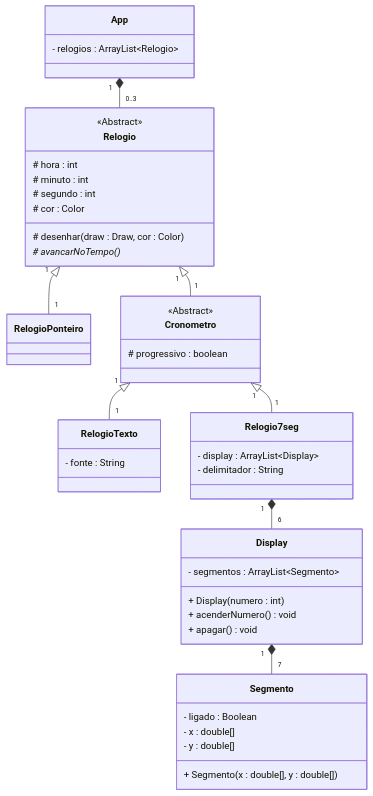
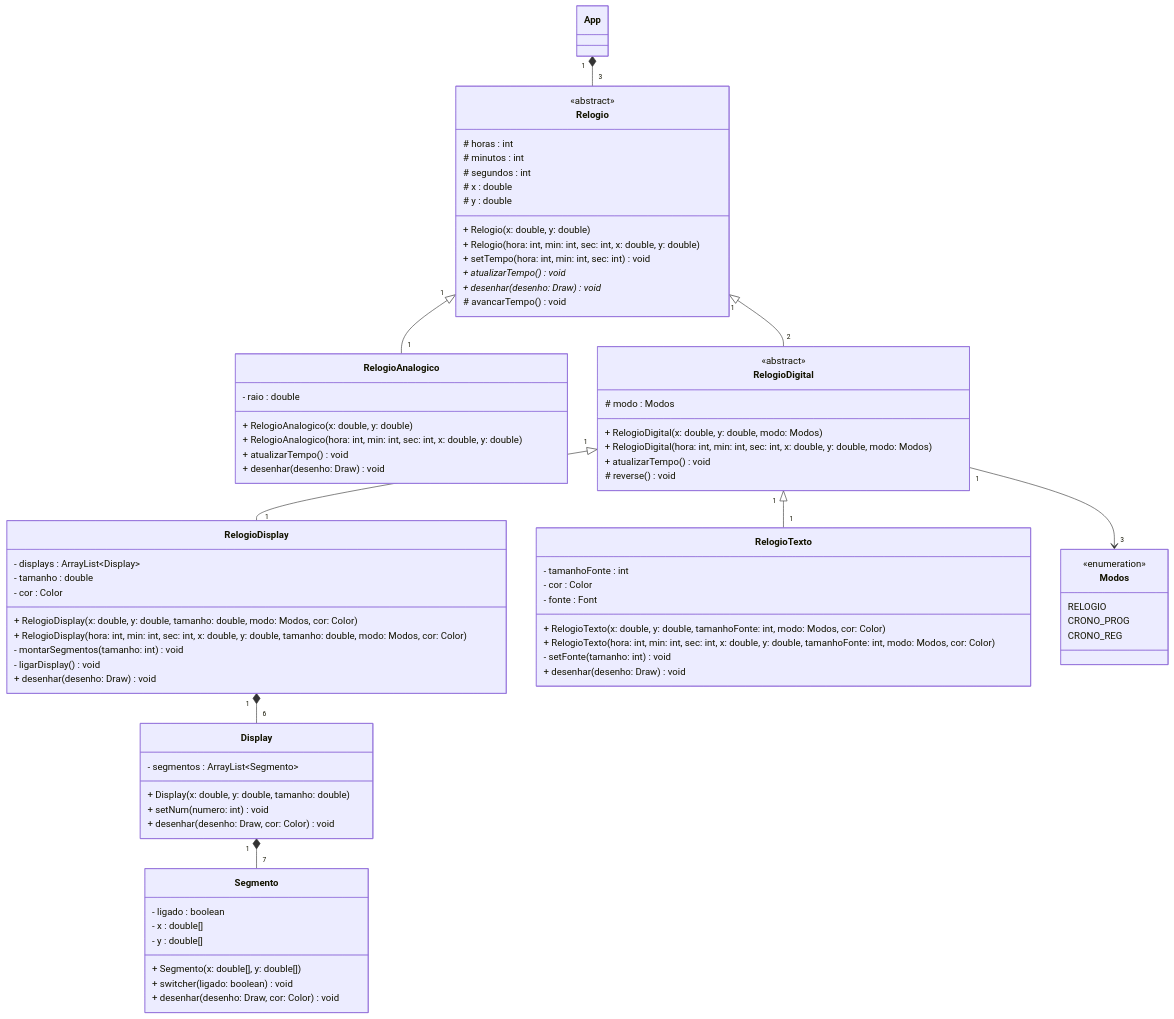
The diagram in lab_07/Readme.md (yanvpp/POO), drawn with Mermaid before and after one commit.

Commit message:
atualizando diagrama UML

````diff
--- a/lab_07/Readme.md
+++ b/lab_07/Readme.md
@@ -3,60 +3,92 @@
 ```mermaid
 classDiagram
+    
+    App"1" *-- "3"Relogio
+    Relogio"1" <|-- "1"RelogioAnalogico
+    Relogio"1" <|-- "2"RelogioDigital
+    RelogioDigital"1" <|-- "1"RelogioDisplay
+    RelogioDigital"1" <|-- "1"RelogioTexto
+    RelogioDigital"1" --> "3"Modos
+    RelogioDisplay"1" *-- "6"Display
+    Display"1" *-- "7"Segmento
 
-    App"1" *-- "0..3"Relogio
-    Relogio"1" <|-- "1"RelogioPonteiro
-    Relogio"1" <|-- "1"Cronometro
-    Cronometro"1" <|-- "1"RelogioTexto
-    Relogio7seg"1" *-- "6"Display
-    Display"1" *-- "7"Segmento
-    Cronometro"1" <|-- "1"Relogio7seg
-
-    class App {
-        - relogios : ArrayList~Relogio~
+    class Relogio {
+        <<abstract>>
+        # horas : int
+        # minutos : int
+        # segundos : int
+        # x : double
+        # y : double
+        + Relogio(x: double, y: double)
+        + Relogio(hora: int, min: int, sec: int, x: double, y: double)
+        + setTempo(hora: int, min: int, sec: int) void
+        + atualizarTempo() void*
+        + desenhar(desenho: Draw) void*
+        # avancarTempo() void
     }
 
-    class Relogio {
-        <<Abstract>>
-        # hora : int
-        # minuto : int
-        # segundo : int
-        # cor : Color
-        # desenhar(draw : Draw, cor : Color)
-        # avancarNoTempo()*
+    class RelogioAnalogico {
+        - raio : double
+        + RelogioAnalogico(x: double, y: double)
+        + RelogioAnalogico(hora: int, min: int, sec: int, x: double, y: double)
+        + atualizarTempo() void
+        + desenhar(desenho: Draw) void
+    }
 
+    class RelogioDigital {
+        <<abstract>>
+        # modo : Modos
+        + RelogioDigital(x: double, y: double, modo: Modos)
+        + RelogioDigital(hora: int, min: int, sec: int, x: double, y: double, modo: Modos)
+        + atualizarTempo() void
+        # reverse() void
+    }
+
+    class RelogioDisplay {
+        - displays : ArrayList~Display~
+        - tamanho : double
+        - cor : Color
+        + RelogioDisplay(x: double, y: double, tamanho: double, modo: Modos, cor: Color)
+        + RelogioDisplay(hora: int, min: int, sec: int, x: double, y: double, tamanho: double, modo: Modos, cor: Color)
+        - montarSegmentos(tamanho: int) void
+        - ligarDisplay() void
+        + desenhar(desenho: Draw) void
+    }
+
+    class RelogioTexto {
+        - tamanhoFonte : int
+        - cor : Color
+        - fonte : Font
+        + RelogioTexto(x: double, y: double, tamanhoFonte: int, modo: Modos, cor: Color)
+        + RelogioTexto(hora: int, min: int, sec: int, x: double, y: double, tamanhoFonte: int, modo: Modos, cor: Color)
+        - setFonte(tamanho: int) void
+        + desenhar(desenho: Draw) void
+    }
+
+    class Modos {
+        <<enumeration>>
+        RELOGIO
+        CRONO_PROG
+        CRONO_REG
     }
 
     class Display {
         - segmentos : ArrayList~Segmento~
-        + Display(numero : int)
-        + acenderNumero() void
-        + apagar() void
+        + Display(x: double, y: double, tamanho: double)
+        + setNum(numero: int) void
+        + desenhar(desenho: Draw, cor: Color) void
     }
 
     class Segmento {
-        - ligado : Boolean
+        - ligado : boolean
         - x : double[]
         - y : double[]
-        + Segmento(x : double[], y : double[])
+        + Segmento(x: double[], y: double[])
+        + switcher(ligado: boolean) void
+        + desenhar(desenho: Draw, cor: Color) void
     }
 
-    class Relogio7seg {
-        - display : ArrayList~Display~
-        - delimitador : String
-    }
-
-    class Cronometro {
-        <<Abstract>>
-
-        # progressivo : boolean
-    }
-
-    class RelogioTexto {
-        - fonte : String
-    }
-
-    class RelogioPonteiro {
+    class App {
 
     }
-
 ```
````
